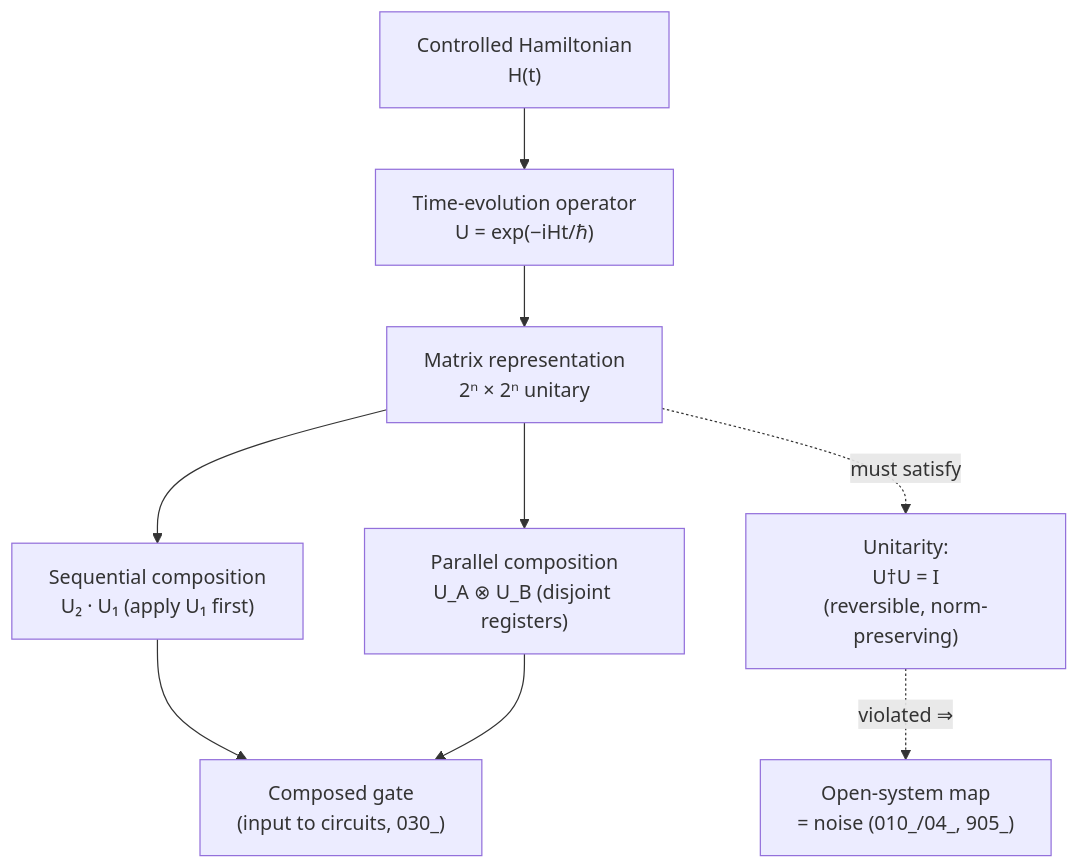
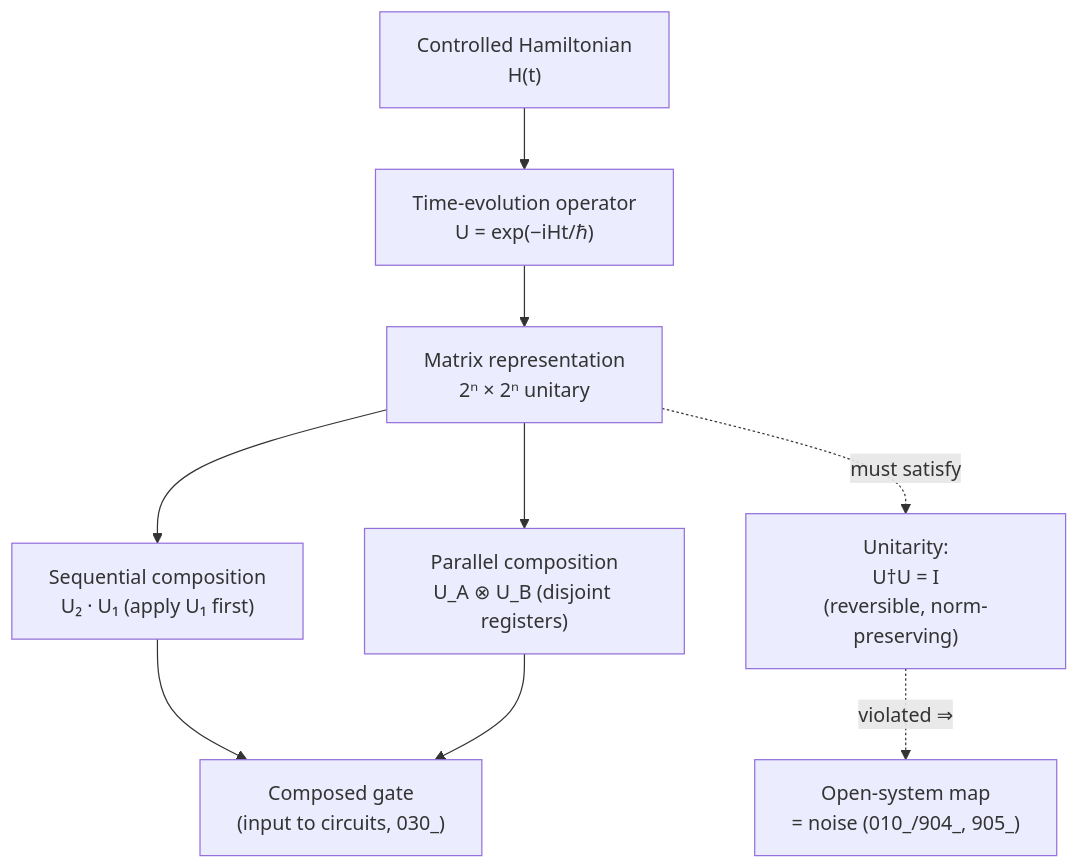
One commit to AmedeoPelliccia/Qplus-For-All-Queer-People-and-Quantum changed the diagram in Q+ATLANTIDE/900-999_QCSAA/900-909_Fundamentos-de-Computacion-Cuantica/020_gates/901_Gate-Definition-and-Unitary-Formalism.md. Above: the diagram before and after it, drawn with Mermaid. The commit also changed other lines of this file and 93 other files, not shown here.

````diff
--- a/Q+ATLANTIDE/900-999_QCSAA/900-909_Fundamentos-de-Computacion-Cuantica/020_gates/901_Gate-Definition-and-Unitary-Formalism.md
+++ b/Q+ATLANTIDE/900-999_QCSAA/900-909_Fundamentos-de-Computacion-Cuantica/020_gates/901_Gate-Definition-and-Unitary-Formalism.md
@@ -52,11 +52,11 @@
 ```mermaid
 flowchart TD
     H["Controlled Hamiltonian<br/>H(t)"] --> U["Time-evolution operator<br/>U = exp(−iHt/ℏ)"]
     U --> M["Matrix representation<br/>2ⁿ × 2ⁿ unitary"]
     M --> S["Sequential composition<br/>U₂ · U₁ (apply U₁ first)"]
     M --> P["Parallel composition<br/>U_A ⊗ U_B (disjoint registers)"]
     S --> G["Composed gate<br/>(input to circuits, 030_)"]
     P --> G
     M -. "must satisfy" .-> C["Unitarity:<br/>U†U = I<br/>(reversible, norm-preserving)"]
-    C -. "violated ⇒" .-> N["Open-system map<br/>= noise (010_/04_, 905_)"]
+    C -. "violated ⇒" .-> N["Open-system map<br/>= noise (010_/904_, 905_)"]
 ```
````
